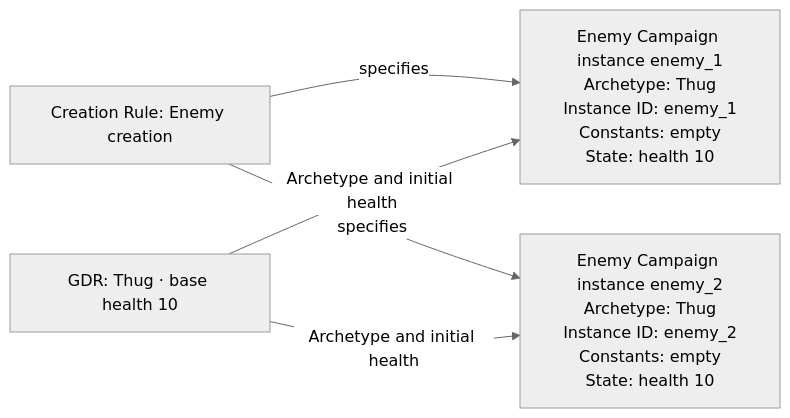
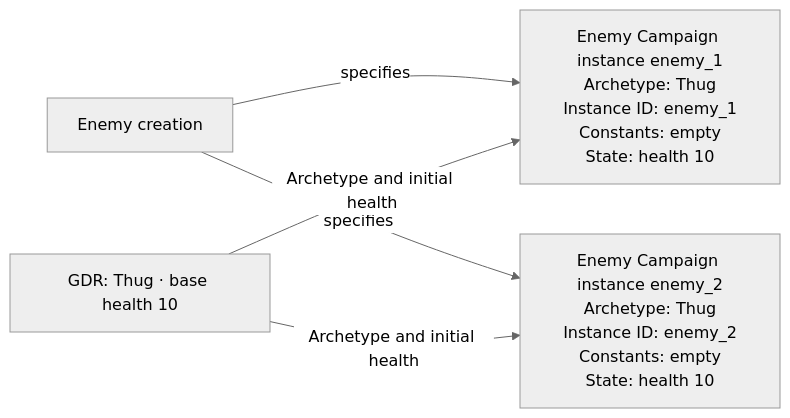
One commit to konrad-jamrozik/game-v5 changed the third of 6 diagrams in docs/specs/foundation/campaign-modeling-contract.md. Above: the diagram before and after it, drawn with Mermaid (neutral theme). The commit also changed other lines of this file and 14 other files, not shown here.

````diff
--- a/docs/specs/foundation/campaign-modeling-contract.md
+++ b/docs/specs/foundation/campaign-modeling-contract.md
@@ -276,7 +276,7 @@
 ```mermaid
 flowchart LR
-    Rule["Creation Rule: Enemy creation"] -->|specifies| Enemy1
-    Rule -->|specifies| Enemy2
+    Creation["Enemy creation"] -->|specifies| Enemy1
+    Creation -->|specifies| Enemy2
     Thug["GDR: Thug · base health 10"] -->|Archetype and initial health| Enemy1["Enemy Campaign instance enemy_1<br/>Archetype: Thug<br/>Instance ID: enemy_1<br/>Constants: empty<br/>State: health 10"]
     Thug -->|Archetype and initial health| Enemy2["Enemy Campaign instance enemy_2<br/>Archetype: Thug<br/>Instance ID: enemy_2<br/>Constants: empty<br/>State: health 10"]
 ```
````
